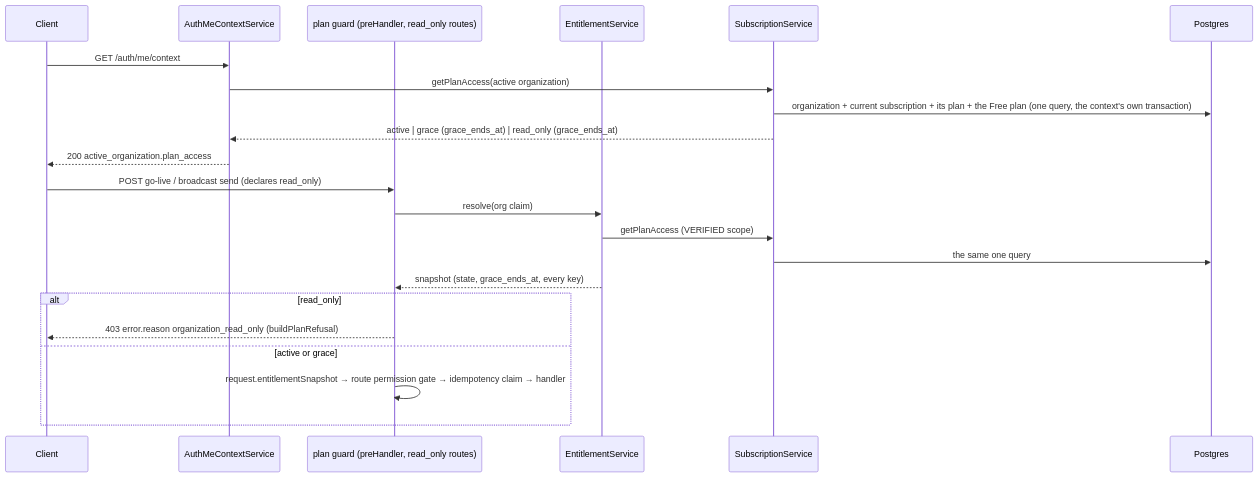
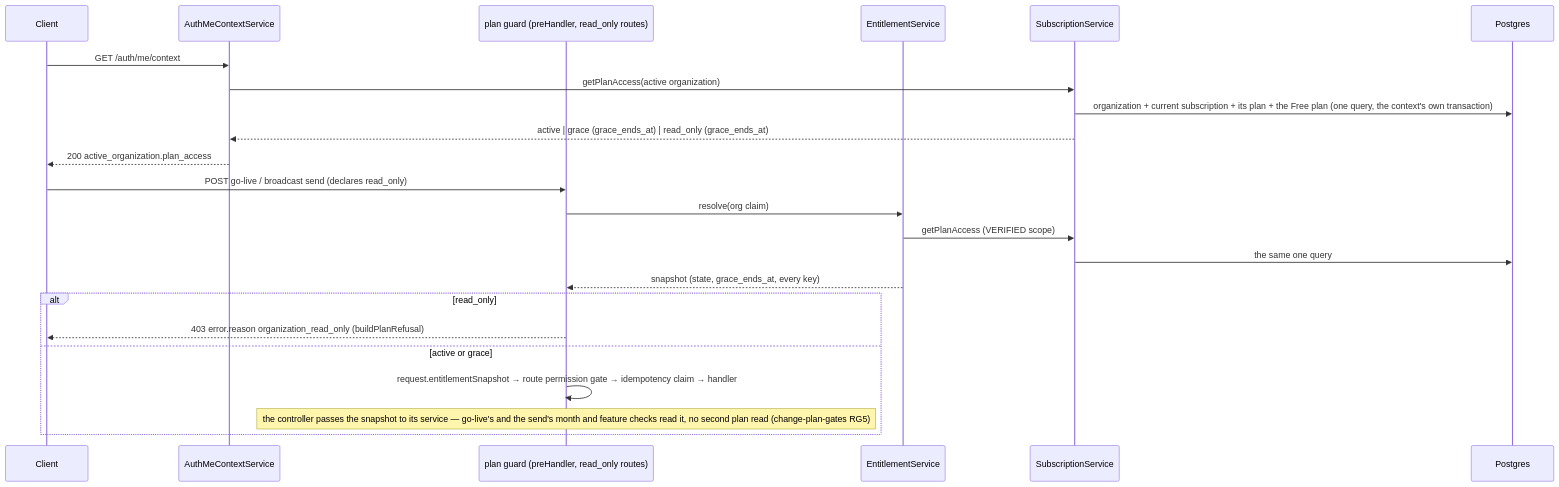
The sixth of 17 diagrams in src/FLOWS.md (albetrios/meepzo-be), drawn with Mermaid before and after one commit. The commit also changed 1 other file, not shown here.

Commit message:
docs: describe how the app reuses the plan guard's snapshot
PATTERNS.md (plan gates, how to apply) and FLOWS.md (the read-only flow):
a read_only route's controller passes request.entitlementSnapshot to its
service, so go-live and the broadcast send read the plan once
(change-plan-gates RG5, P24).

Claude-Session: https://claude.ai/code/session_01UALJNyRcsV54taCjc4wEPV

````diff
--- a/src/FLOWS.md
+++ b/src/FLOWS.md
@@ -340,24 +340,25 @@
 ```mermaid
 sequenceDiagram
   participant Client
   participant Ctx as AuthMeContextService
   participant Guard as plan guard (preHandler, read_only routes)
   participant Ent as EntitlementService
   participant Sub as SubscriptionService
   participant DB as Postgres
   Client->>Ctx: GET /auth/me/context
   Ctx->>Sub: getPlanAccess(active organization)
   Sub->>DB: organization + current subscription + its plan + the Free plan (one query, the context's own transaction)
   Sub-->>Ctx: active | grace (grace_ends_at) | read_only (grace_ends_at)
   Ctx-->>Client: 200 active_organization.plan_access
   Client->>Guard: POST go-live / broadcast send (declares read_only)
   Guard->>Ent: resolve(org claim)
   Ent->>Sub: getPlanAccess (VERIFIED scope)
   Sub->>DB: the same one query
   Ent-->>Guard: snapshot (state, grace_ends_at, every key)
   alt read_only
     Guard-->>Client: 403 error.reason organization_read_only (buildPlanRefusal)
   else active or grace
     Guard->>Guard: request.entitlementSnapshot → route permission gate → idempotency claim → handler
+    Note over Guard: the controller passes the snapshot to its service — go-live's and the send's month and feature checks read it, no second plan read (change-plan-gates RG5)
   end
 ```
````
